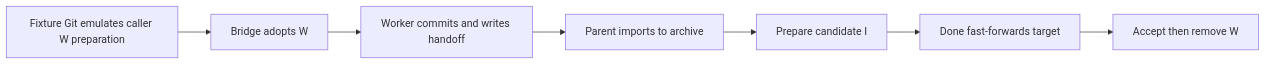
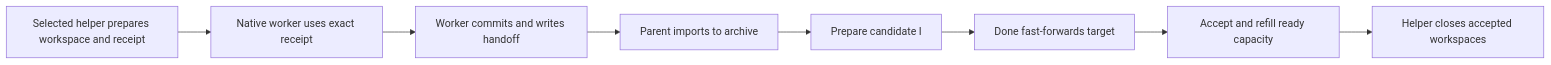
The diagram in test/experiments/shiploop_chain/README.md (whichguy/skill-craft), drawn with Mermaid before and after one commit. The commit also changed other lines of this file and 38 other files, not shown here.

````diff
--- a/test/experiments/shiploop_chain/README.md
+++ b/test/experiments/shiploop_chain/README.md
@@ -26,9 +26,10 @@
 ```mermaid
 flowchart LR
-  P[Fixture Git emulates caller W preparation] --> S[Bridge adopts W]
+  P[Selected helper prepares workspace and receipt] --> S[Native worker uses exact receipt]
   S --> H[Worker commits and writes handoff]
   H --> I[Parent imports to archive]
   I --> G[Prepare candidate I]
   G --> D[Done fast-forwards target]
-  D --> C[Accept then remove W]
+  D --> R[Accept and refill ready capacity]
+  R --> C[Helper closes accepted workspaces]
 ```
````
